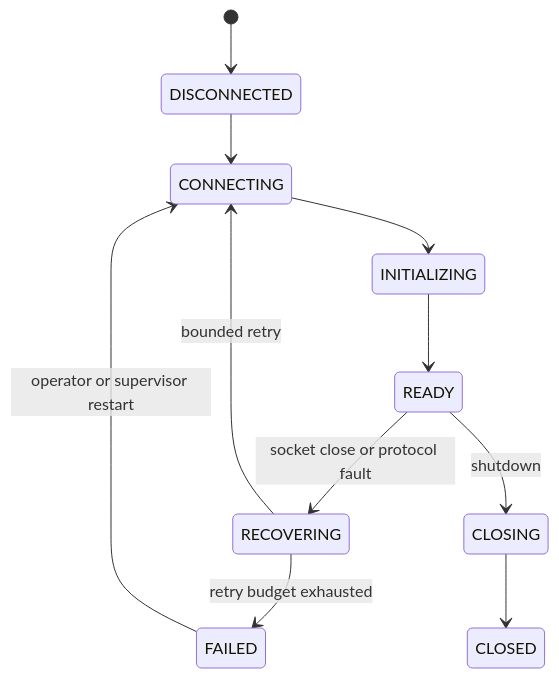
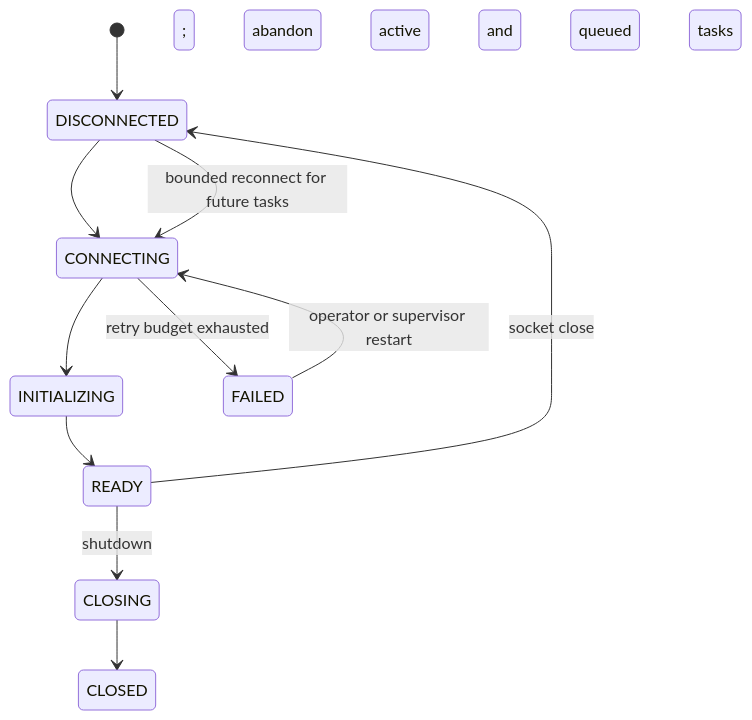
Before and after one commit to jylaxp/codex-feishu-bridge: the second of 4 diagrams in docs/plans/2026-07-14-001-feat-feishu-chatgpt-desktop-ipc-bridge-plan.md, drawn with Mermaid. The commit also changed other lines of this file and 9 other files, not shown here.

````diff
--- a/docs/plans/2026-07-14-001-feat-feishu-chatgpt-desktop-ipc-bridge-plan.md
+++ b/docs/plans/2026-07-14-001-feat-feishu-chatgpt-desktop-ipc-bridge-plan.md
@@ -315,13 +411,13 @@
 ```mermaid
 stateDiagram-v2
     [*] --> DISCONNECTED
     DISCONNECTED --> CONNECTING
     CONNECTING --> INITIALIZING
     INITIALIZING --> READY
-    READY --> RECOVERING: socket close or protocol fault
-    RECOVERING --> CONNECTING: bounded retry
-    RECOVERING --> FAILED: retry budget exhausted
+    READY --> DISCONNECTED: socket close; abandon active and queued tasks
+    DISCONNECTED --> CONNECTING: bounded reconnect for future tasks
+    CONNECTING --> FAILED: retry budget exhausted
     FAILED --> CONNECTING: operator or supervisor restart
     READY --> CLOSING: shutdown
     CLOSING --> CLOSED
 ```
````
